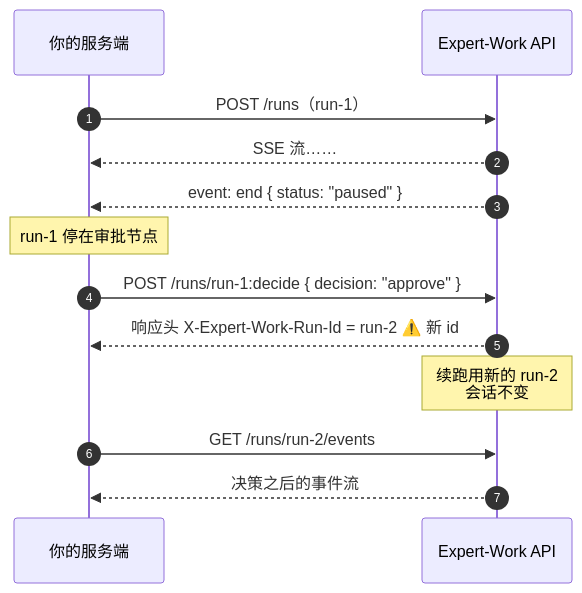
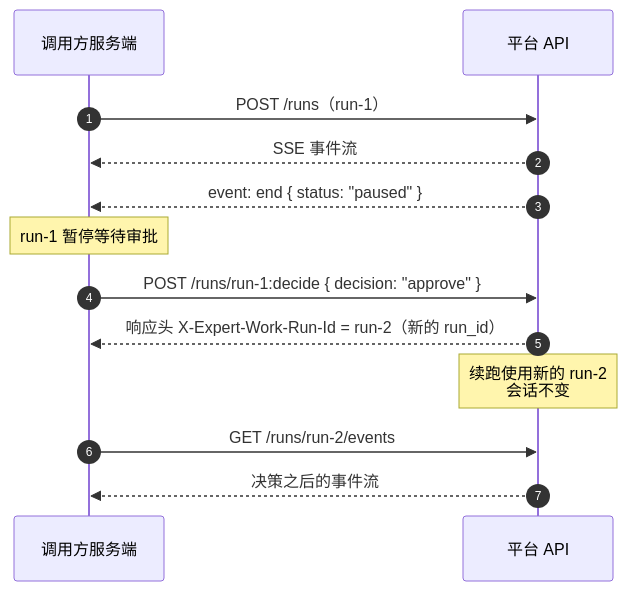
The diagram in apps/admin-ui/docs-site/guide/run-control.md (deepaihealth/expert-work), drawn with Mermaid before and after one commit. The commit also changed other lines of this file and 1 other file, not shown here.

Commit message:
docs(external-api): 查询 / 控制两章按对外文档规范重写(第四轮)

````diff
--- a/apps/admin-ui/docs-site/guide/run-control.md
+++ b/apps/admin-ui/docs-site/guide/run-control.md
@@ -81,18 +85,18 @@
 ```mermaid
 sequenceDiagram
     autonumber
-    participant S as 你的服务端
-    participant E as Expert-Work API
+    participant S as 调用方服务端
+    participant E as 平台 API
 
     S->>E: POST /runs（run-1）
-    E-->>S: SSE 流……
+    E-->>S: SSE 事件流
     E-->>S: event: end { status: "paused" }
-    Note over S: run-1 停在审批节点
+    Note over S: run-1 暂停等待审批
 
     S->>E: POST /runs/run-1:decide { decision: "approve" }
-    E-->>S: 响应头 X-Expert-Work-Run-Id = run-2 ⚠️ 新 id
-    Note over E: 续跑用新的 run-2<br/>会话不变
+    E-->>S: 响应头 X-Expert-Work-Run-Id = run-2（新的 run_id）
+    Note over E: 续跑使用新的 run-2<br/>会话不变
 
     S->>E: GET /runs/run-2/events
     E-->>S: 决策之后的事件流
 ```
````
